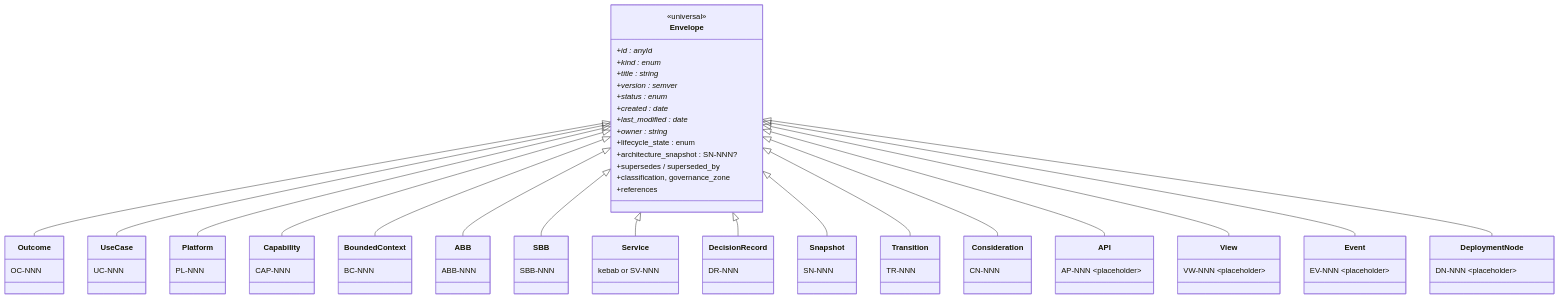
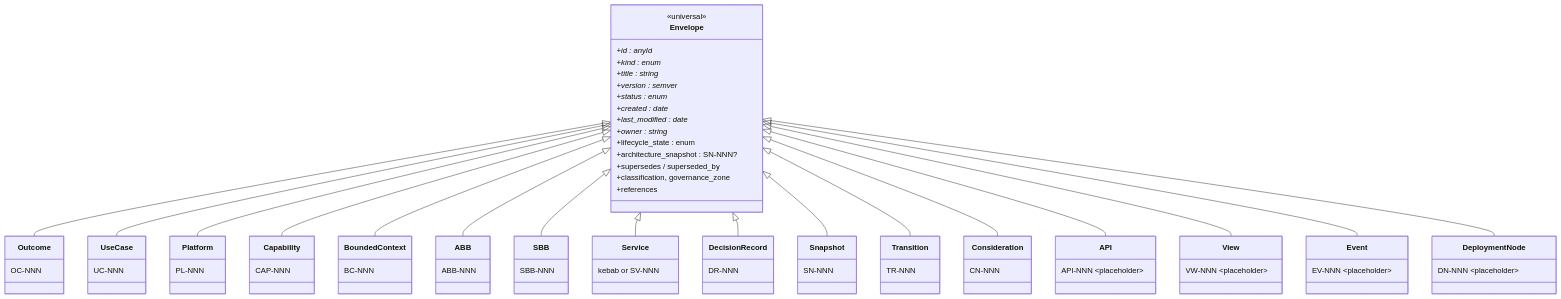
Before and after one commit to dermot-obrien/ai-assisted-architecture: the first of 3 diagrams in standards/standard-frontmatter.md, drawn with Mermaid. The commit also changed other lines of this file and 20 other files, not shown here.

````diff
--- a/standards/standard-frontmatter.md
+++ b/standards/standard-frontmatter.md
@@ -710,55 +714,55 @@
 ```mermaid
 classDiagram
     direction TB
 
     class Envelope {
         <<universal>>
         +id : anyId *
         +kind : enum *
         +title : string *
         +version : semver *
         +status : enum *
         +created : date *
         +last_modified : date *
         +owner : string *
         +lifecycle_state : enum
         +architecture_snapshot : SN-NNN?
         +supersedes / superseded_by
         +classification, governance_zone
         +references
     }
 
     class Outcome { OC-NNN }
     class UseCase { UC-NNN }
     class Platform { PL-NNN }
     class Capability { CAP-NNN }
     class BoundedContext { BC-NNN }
     class ABB { ABB-NNN }
     class SBB { SBB-NNN }
     class Service { kebab or SV-NNN }
     class DecisionRecord { DR-NNN }
     class Snapshot { SN-NNN }
     class Transition { TR-NNN }
     class Consideration { CN-NNN }
-    class API { AP-NNN ~placeholder~ }
+    class API { API-NNN ~placeholder~ }
     class View { VW-NNN ~placeholder~ }
     class Event { EV-NNN ~placeholder~ }
     class DeploymentNode { DN-NNN ~placeholder~ }
 
     Envelope <|-- Outcome
     Envelope <|-- UseCase
     Envelope <|-- Platform
     Envelope <|-- Capability
     Envelope <|-- BoundedContext
     Envelope <|-- ABB
     Envelope <|-- SBB
     Envelope <|-- Service
     Envelope <|-- DecisionRecord
     Envelope <|-- Snapshot
     Envelope <|-- Transition
     Envelope <|-- Consideration
     Envelope <|-- API
     Envelope <|-- View
     Envelope <|-- Event
     Envelope <|-- DeploymentNode
 ```
````
